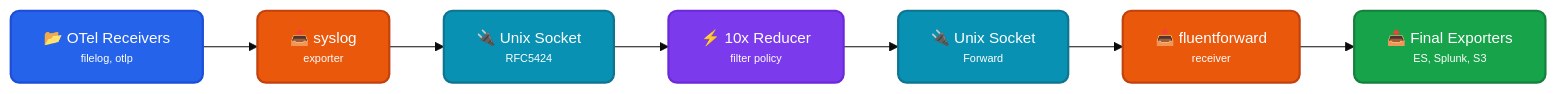
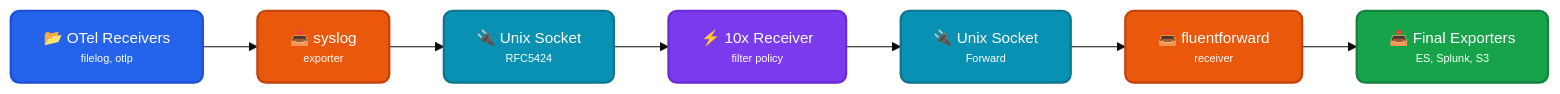
The diagram in pipelines/run/modules/input/forwarder/otel-collector/regulate/doc.md (log-10x/modules), drawn with Mermaid (base theme) before and after one commit. The commit also changed other lines of this file and 41 other files, not shown here.

````diff
--- a/pipelines/run/modules/input/forwarder/otel-collector/regulate/doc.md
+++ b/pipelines/run/modules/input/forwarder/otel-collector/regulate/doc.md
@@ -11,21 +11,21 @@
 ```mermaid
 graph LR
     A["<div style='font-size: 14px;'>📂 OTel Receivers</div><div style='font-size: 10px;'>filelog, otlp</div>"] --> B["<div style='font-size: 14px;'>📤 syslog</div><div style='font-size: 10px;'>exporter</div>"]
     B --> C["<div style='font-size: 14px;'>🔌 Unix Socket</div><div style='font-size: 10px;'>RFC5424</div>"]
-    C --> D["<div style='font-size: 14px;'>⚡ 10x Reducer</div><div style='font-size: 10px;'>filter policy</div>"]
+    C --> D["<div style='font-size: 14px;'>⚡ 10x Receiver</div><div style='font-size: 10px;'>filter policy</div>"]
     D --> E["<div style='font-size: 14px;'>🔌 Unix Socket</div><div style='font-size: 10px;'>Forward</div>"]
     E --> F["<div style='font-size: 14px;'>📥 fluentforward</div><div style='font-size: 10px;'>receiver</div>"]
     F --> G["<div style='font-size: 14px;'>📤 Final Exporters</div><div style='font-size: 10px;'>ES, Splunk, S3</div>"]
 
     classDef receiver fill:#2563eb,stroke:#1d4ed8,color:#ffffff,stroke-width:2px,rx:8,ry:8
     classDef exporter fill:#ea580c,stroke:#c2410c,color:#ffffff,stroke-width:2px,rx:8,ry:8
     classDef socket fill:#0891b2,stroke:#0e7490,color:#ffffff,stroke-width:2px,rx:8,ry:8
     classDef engine fill:#7c3aed,stroke:#6d28d9,color:#ffffff,stroke-width:2px,rx:8,ry:8
     classDef output fill:#16a34a,stroke:#15803d,color:#ffffff,stroke-width:2px,rx:8,ry:8
 
     class A receiver
     class B,F exporter
     class C,E socket
     class D engine
     class G output
 ```
````
